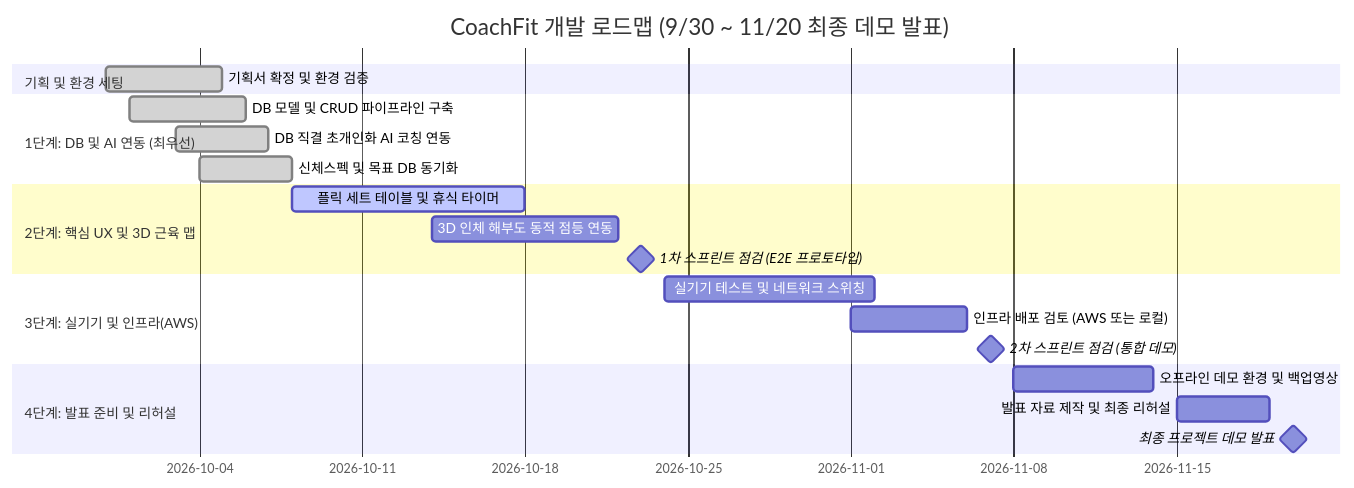
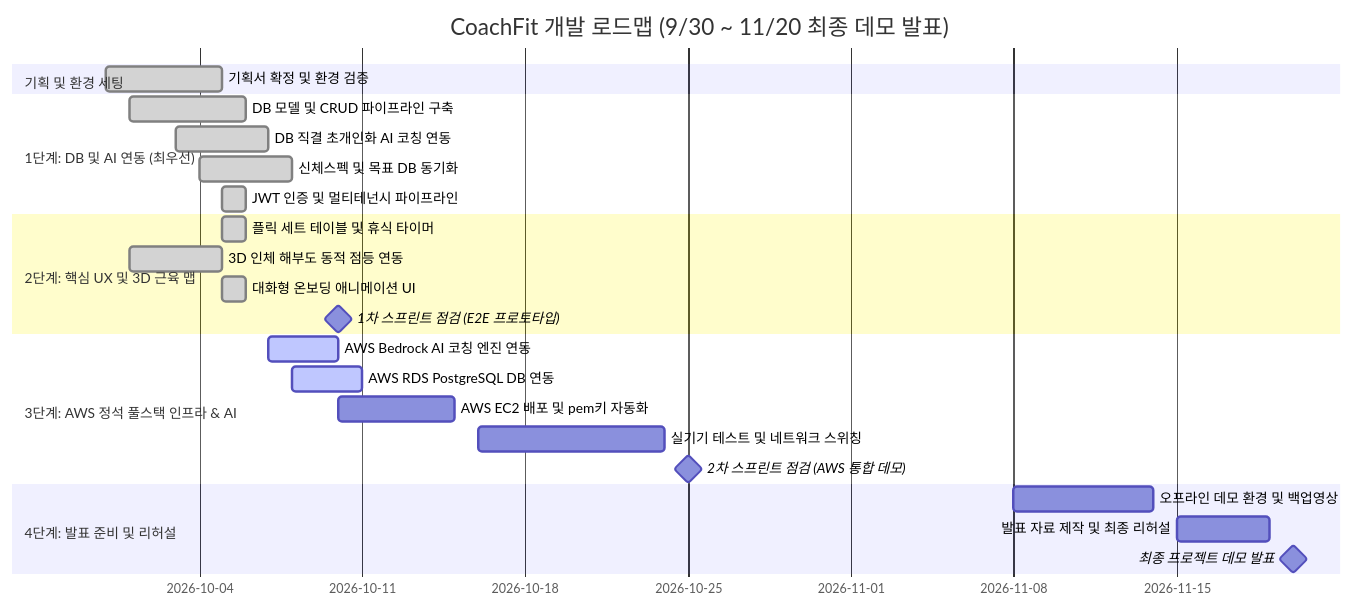
One commit to kang3019/coach-fit changed the diagram in docs/wbs.md. Above: the diagram before and after it, drawn with Mermaid. The commit also changed other lines of this file and 1 other file, not shown here.

Commit message:
docs(WBS): AWS 정석 풀스택(EC2+RDS+Bedrock) 일정 및 멀티 LLM·온보딩 작업 항목 최신화

````diff
--- a/docs/wbs.md
+++ b/docs/wbs.md
@@ -12,23 +12,27 @@
 ```mermaid
 gantt
     title CoachFit 개발 로드맵 (9/30 ~ 11/20 최종 데모 발표)
     dateFormat  YYYY-MM-DD
     section 기획 및 환경 세팅
     기획서 확정 및 환경 검증       :done, des1, 2026-09-30, 2026-10-05
     section 1단계: DB 및 AI 연동 (최우선)
     DB 모델 및 CRUD 파이프라인 구축 :done, dev1, 2026-10-01, 2026-10-06
     DB 직결 초개인화 AI 코칭 연동   :done, dev2, 2026-10-03, 2026-10-07
     신체스펙 및 목표 DB 동기화      :done, dev3, 2026-10-04, 2026-10-08
+    JWT 인증 및 멀티테넌시 파이프라인:done, dev3_1, 2026-10-05, 2026-10-06
     section 2단계: 핵심 UX 및 3D 근육 맵
-    플릭 세트 테이블 및 휴식 타이머 :active, dev4, 2026-10-08, 2026-10-18
-    3D 인체 해부도 동적 점등 연동    :dev5, 2026-10-14, 2026-10-22
-    1차 스프린트 점검 (E2E 프로토타입) :milestone, m1, 2026-10-23, 0d
-    section 3단계: 실기기 및 인프라(AWS)
-    실기기 테스트 및 네트워크 스위칭 :dev6, 2026-10-24, 2026-11-02
-    인프라 배포 검토 (AWS 또는 로컬) :dev7, 2026-11-01, 2026-11-06
-    2차 스프린트 점검 (통합 데모)     :milestone, m2, 2026-11-07, 0d
+    플릭 세트 테이블 및 휴식 타이머 :done, dev4, 2026-10-05, 2026-10-06
+    3D 인체 해부도 동적 점등 연동    :done, dev5, 2026-10-01, 2026-10-05
+    대화형 온보딩 애니메이션 UI     :done, dev5_1, 2026-10-05, 2026-10-06
+    1차 스프린트 점검 (E2E 프로토타입) :milestone, m1, 2026-10-10, 0d
+    section 3단계: AWS 정석 풀스택 인프라 & AI
+    AWS Bedrock AI 코칭 엔진 연동   :active, dev6_1, 2026-10-07, 2026-10-10
+    AWS RDS PostgreSQL DB 연동      :active, dev6_2, 2026-10-08, 2026-10-11
+    AWS EC2 배포 및 pem키 자동화    :dev6_3, 2026-10-10, 2026-10-15
+    실기기 테스트 및 네트워크 스위칭 :dev6, 2026-10-16, 2026-10-24
+    2차 스프린트 점검 (AWS 통합 데모) :milestone, m2, 2026-10-25, 0d
     section 4단계: 발표 준비 및 리허설
     오프라인 데모 환경 및 백업영상    :doc1, 2026-11-08, 2026-11-14
     발표 자료 제작 및 최종 리허설     :doc2, 2026-11-15, 2026-11-19
     최종 프로젝트 데모 발표          :milestone, m3, 2026-11-20, 0d
 ```
````
